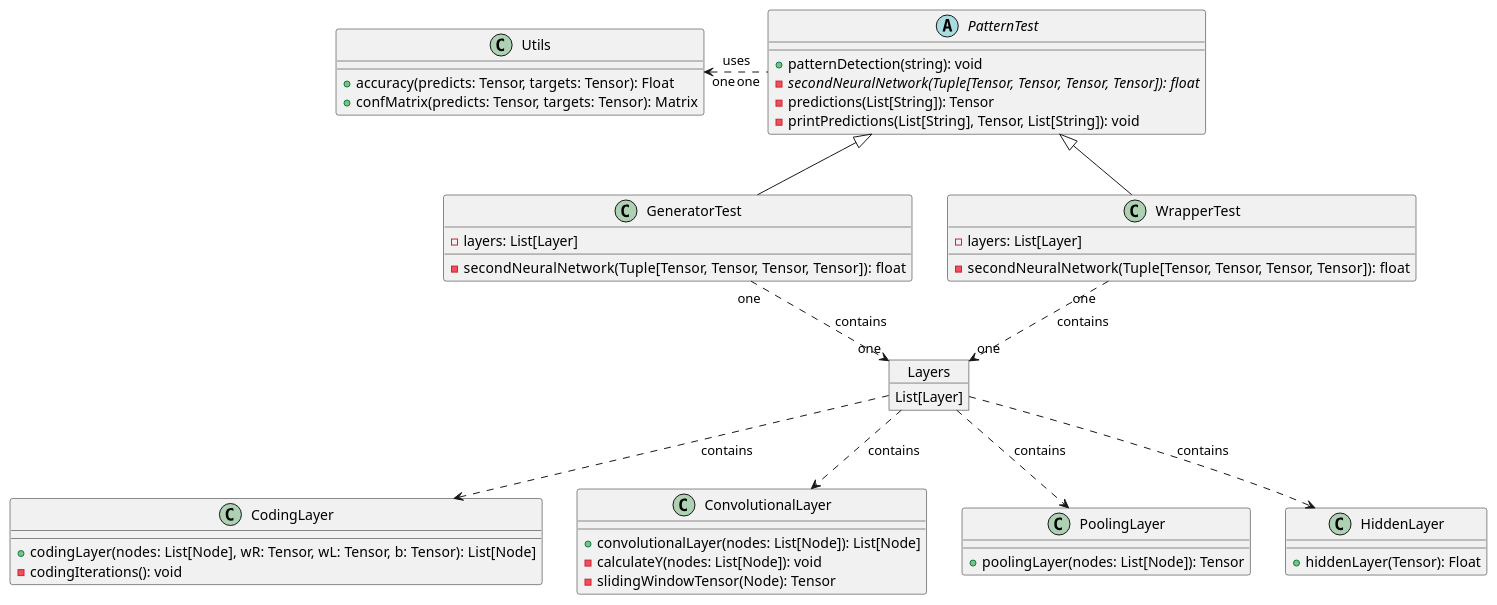
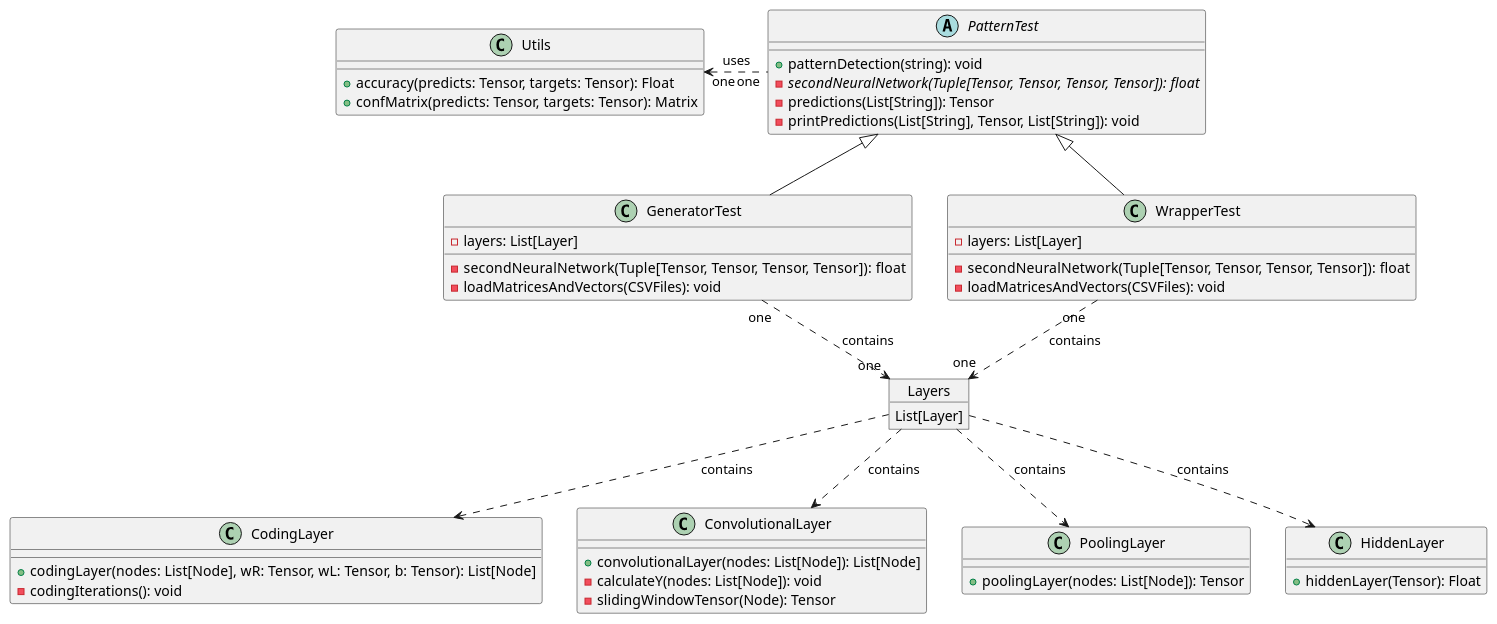
Before and after one commit to a-domingu/tbcnn2: the diagram in documentation/class_diagrams/pattert_test.puml, drawn with PlantUML. The commit also changed 4 other files, not shown here.

Commit message:
We modify some aspects of the class diagram and we add some comments in the instructions.md

```diff
--- a/documentation/class_diagrams/pattert_test.puml
+++ b/documentation/class_diagrams/pattert_test.puml
@@ -1,66 +1,68 @@
 @startuml Pattern_test-model
 
 abstract class PatternTest {
     + patternDetection(string): void
     - {abstract} secondNeuralNetwork(Tuple[Tensor, Tensor, Tensor, Tensor]): float
     - predictions(List[String]): Tensor
     - printPredictions(List[String], Tensor, List[String]): void
 }
 
 
 ' Layers
 class CodingLayer {
     + codingLayer(nodes: List[Node], wR: Tensor, wL: Tensor, b: Tensor): List[Node]
     - codingIterations(): void
 }
 
 class ConvolutionalLayer {
     + convolutionalLayer(nodes: List[Node]): List[Node]
     - calculateY(nodes: List[Node]): void
     - slidingWindowTensor(Node): Tensor
 }
 
 
 class PoolingLayer {
     + poolingLayer(nodes: List[Node]): Tensor
 }
 
 class HiddenLayer{
     + hiddenLayer(Tensor): Float
 }
 
 
 'Test
 class GeneratorTest extends PatternTest {
     - layers: List[Layer]
     - secondNeuralNetwork(Tuple[Tensor, Tensor, Tensor, Tensor]): float
+    - loadMatricesAndVectors(CSVFiles): void
 }
 
 class WrapperTest extends PatternTest {
     - layers: List[Layer]
     - secondNeuralNetwork(Tuple[Tensor, Tensor, Tensor, Tensor]): float
+    - loadMatricesAndVectors(CSVFiles): void
 }
 
 object Layers {
     List[Layer]
 }
 
 
 class Utils{
     + accuracy(predicts: Tensor, targets: Tensor): Float
     + confMatrix(predicts: Tensor, targets: Tensor): Matrix
 }
 
 
 PatternTest "one" .left.> "one" Utils : uses
 
 GeneratorTest "one"..> "one" Layers: contains
 WrapperTest "one"..> "one" Layers: contains
 
 Layers ..> CodingLayer: contains
 Layers ..> ConvolutionalLayer: contains
 Layers ..> PoolingLayer: contains
 Layers ..> HiddenLayer: contains
 
 
 @enduml
```
